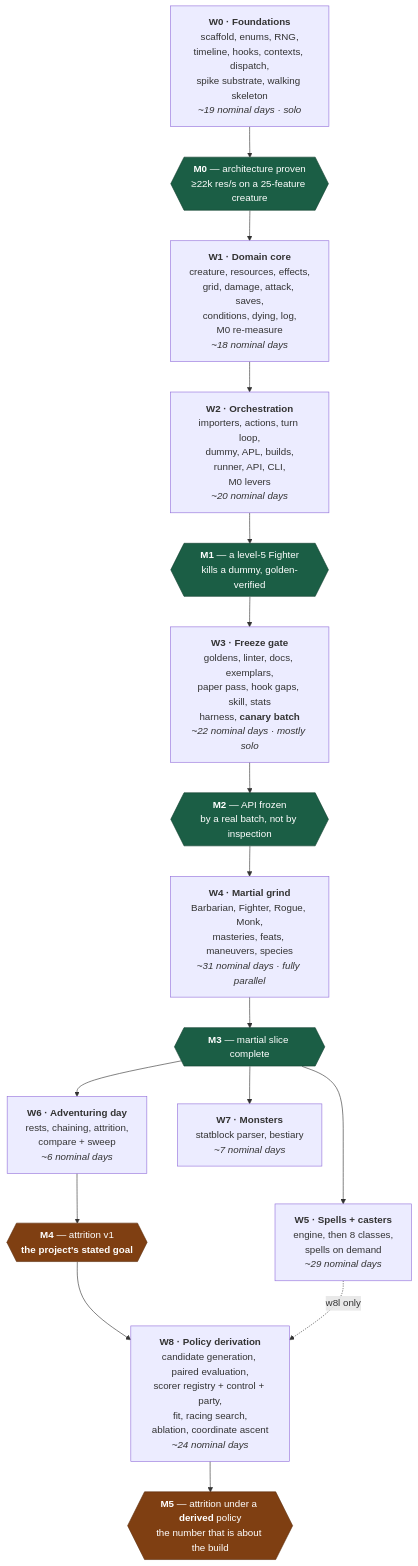
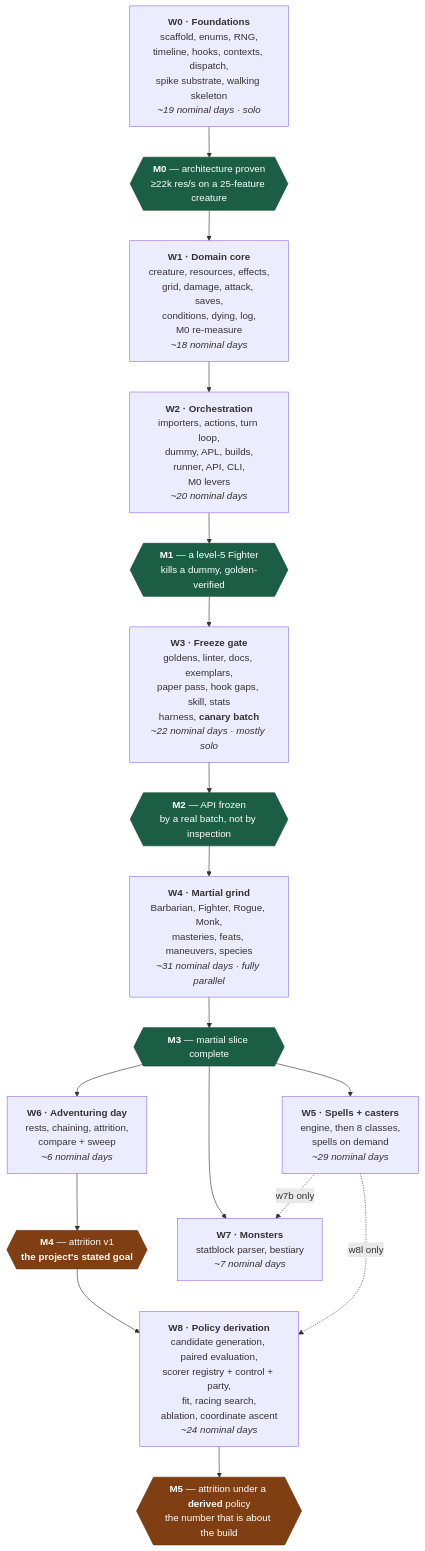
The diagram in ROADMAP.md (Luguza/DnD-Simulator), drawn with Mermaid before and after one commit. The commit also changed other lines of this file and 2 other files, not shown here.

````diff
--- a/ROADMAP.md
+++ b/ROADMAP.md
@@ -137,30 +137,31 @@
 ```mermaid
 flowchart TD
     W0["<b>W0 · Foundations</b><br/>scaffold, enums, RNG,<br/>timeline, hooks, contexts, dispatch,<br/>spike substrate, walking skeleton<br/><i>~19 nominal days · solo</i>"]
     M0{{"<b>M0</b> — architecture proven<br/>≥22k res/s on a 25-feature creature"}}
     W1["<b>W1 · Domain core</b><br/>creature, resources, effects,<br/>grid, damage, attack, saves,<br/>conditions, dying, log,<br/>M0 re-measure<br/><i>~18 nominal days</i>"]
     W2["<b>W2 · Orchestration</b><br/>importers, actions, turn loop,<br/>dummy, APL, builds,<br/>runner, API, CLI,<br/>M0 levers<br/><i>~20 nominal days</i>"]
     M1{{"<b>M1</b> — a level-5 Fighter<br/>kills a dummy, golden-verified"}}
     W3["<b>W3 · Freeze gate</b><br/>goldens, linter, docs, exemplars,<br/>paper pass, hook gaps, skill, stats<br/>harness, <b>canary batch</b><br/><i>~22 nominal days · mostly solo</i>"]
     M2{{"<b>M2</b> — API frozen<br/>by a real batch, not by inspection"}}
     W4["<b>W4 · Martial grind</b><br/>Barbarian, Fighter, Rogue, Monk,<br/>masteries, feats, maneuvers, species<br/><i>~31 nominal days · fully parallel</i>"]
     M3{{"<b>M3</b> — martial slice complete"}}
     W5["<b>W5 · Spells + casters</b><br/>engine, then 8 classes,<br/>spells on demand<br/><i>~29 nominal days</i>"]
     W6["<b>W6 · Adventuring day</b><br/>rests, chaining, attrition,<br/>compare + sweep<br/><i>~6 nominal days</i>"]
     M4{{"<b>M4</b> — attrition v1<br/><b>the project's stated goal</b>"}}
     W7["<b>W7 · Monsters</b><br/>statblock parser, bestiary<br/><i>~7 nominal days</i>"]
     W8["<b>W8 · Policy derivation</b><br/>candidate generation, paired evaluation,<br/>scorer registry + control + party,<br/>fit, racing search,<br/>ablation, coordinate ascent<br/><i>~24 nominal days</i>"]
     M5{{"<b>M5</b> — attrition under a <b>derived</b> policy<br/>the number that is about the build"}}
 
     W0 --> M0 --> W1 --> W2 --> M1 --> W3 --> M2 --> W4 --> M3
     M3 --> W5
     M3 --> W6 --> M4
     M3 --> W7
     M4 --> W8 --> M5
     W5 -.->|"w8l only"| W8
+    W5 -.->|"w7b only"| W7
 
     classDef gate fill:#1b5e45,stroke:#123f2f,color:#ffffff;
     classDef goal fill:#7f3f12,stroke:#5c2d0d,color:#ffffff;
     class M0,M1,M2,M3 gate;
     class M4,M5 goal;
 ```
````
